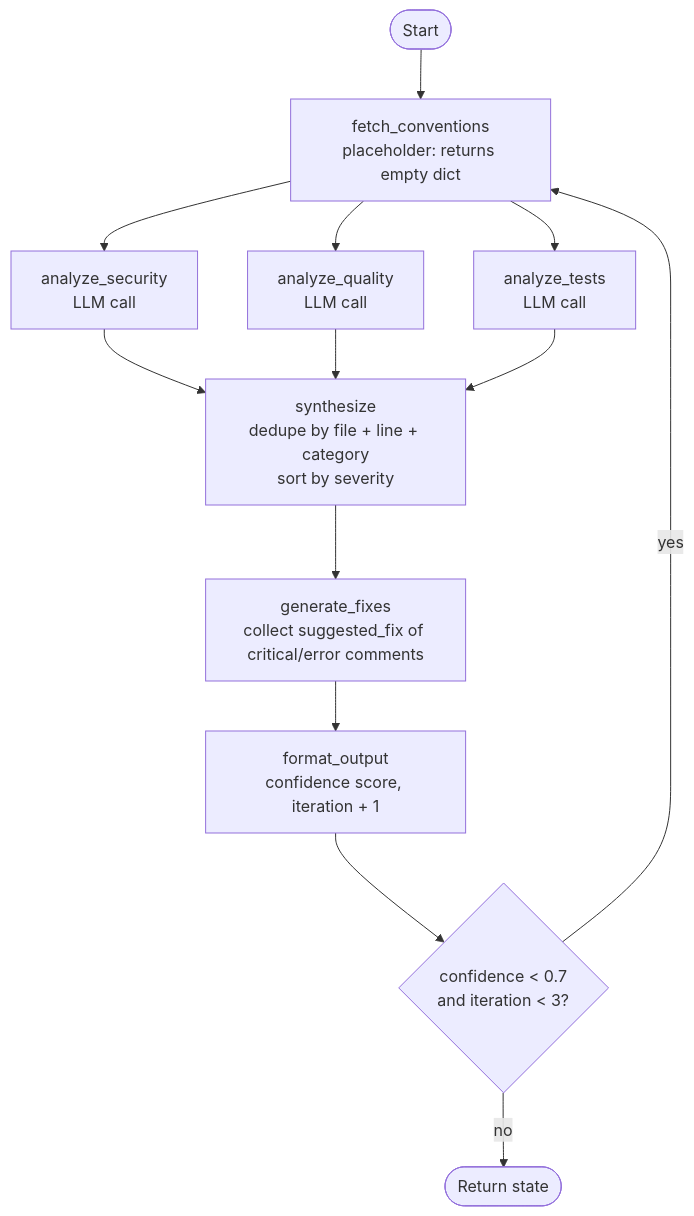
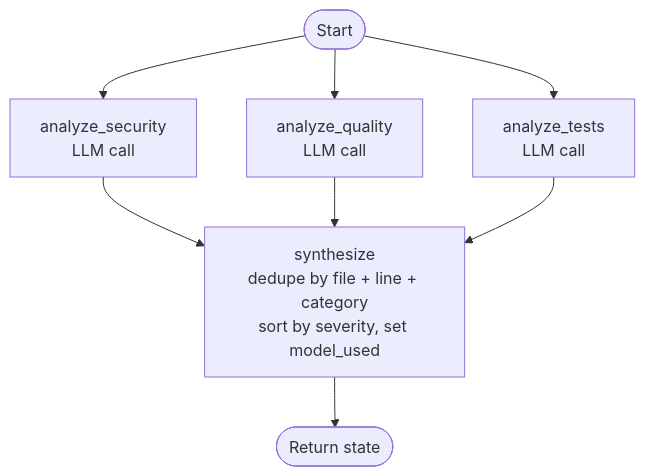
The fourth of 10 diagrams in docs/SYSTEM_ARCHITECTURE.md (muhammedsiinanmp/Devmind), drawn with Mermaid before and after one commit. The commit also changed other lines of this file and 2 other files, not shown here.

First line of the commit message:
Document the 4-node review graph, parse-only retry and risk score

````diff
--- a/docs/SYSTEM_ARCHITECTURE.md
+++ b/docs/SYSTEM_ARCHITECTURE.md
@@ -244,15 +244,10 @@
 ```mermaid
 flowchart TD
-    START([Start]) --> FC[fetch_conventions<br/>placeholder: returns empty dict]
-    FC --> AS[analyze_security<br/>LLM call]
-    FC --> AQ[analyze_quality<br/>LLM call]
-    FC --> AT[analyze_tests<br/>LLM call]
+    START([Start]) --> AS[analyze_security<br/>LLM call]
+    START --> AQ[analyze_quality<br/>LLM call]
+    START --> AT[analyze_tests<br/>LLM call]
     AS --> SY
     AQ --> SY
-    AT --> SY[synthesize<br/>dedupe by file + line + category<br/>sort by severity]
-    SY --> GF[generate_fixes<br/>collect suggested_fix of critical/error comments]
-    GF --> FO[format_output<br/>confidence score, iteration + 1]
-    FO --> CHK{confidence < 0.7<br/>and iteration < 3?}
-    CHK -->|yes| FC
-    CHK -->|no| END([Return state])
+    AT --> SY[synthesize<br/>dedupe by file + line + category<br/>sort by severity, set model_used]
+    SY --> END([Return state])
 ```
````
